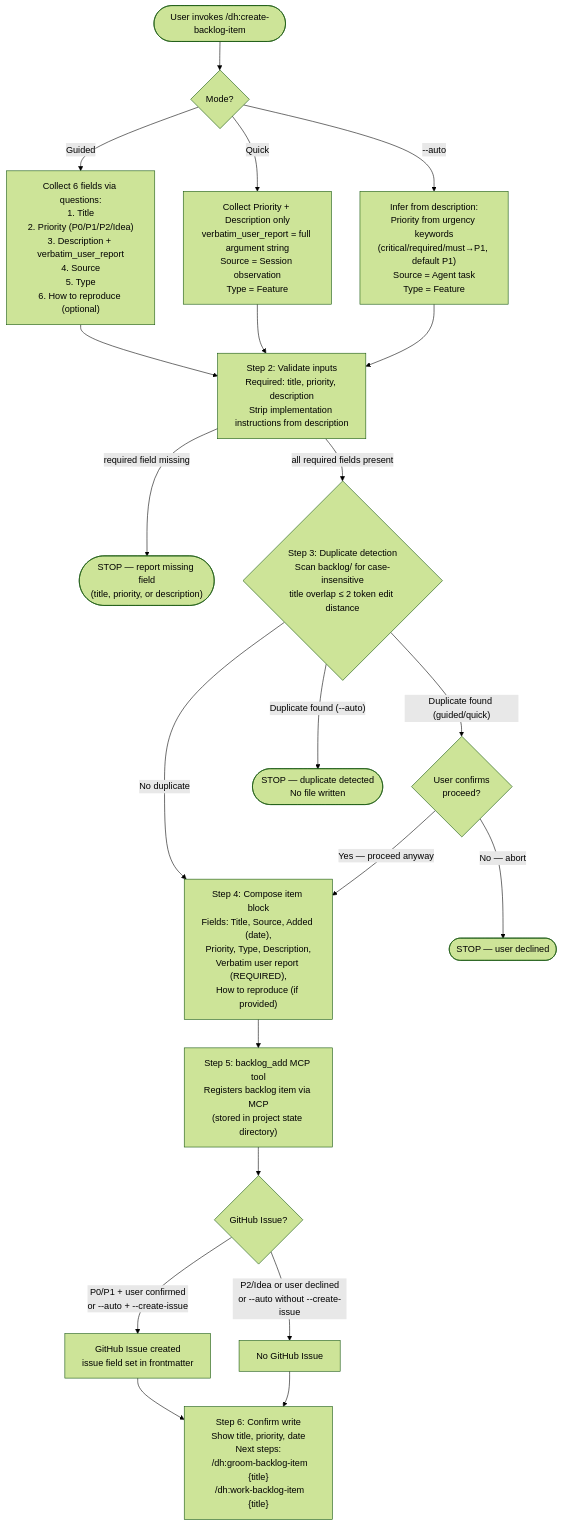
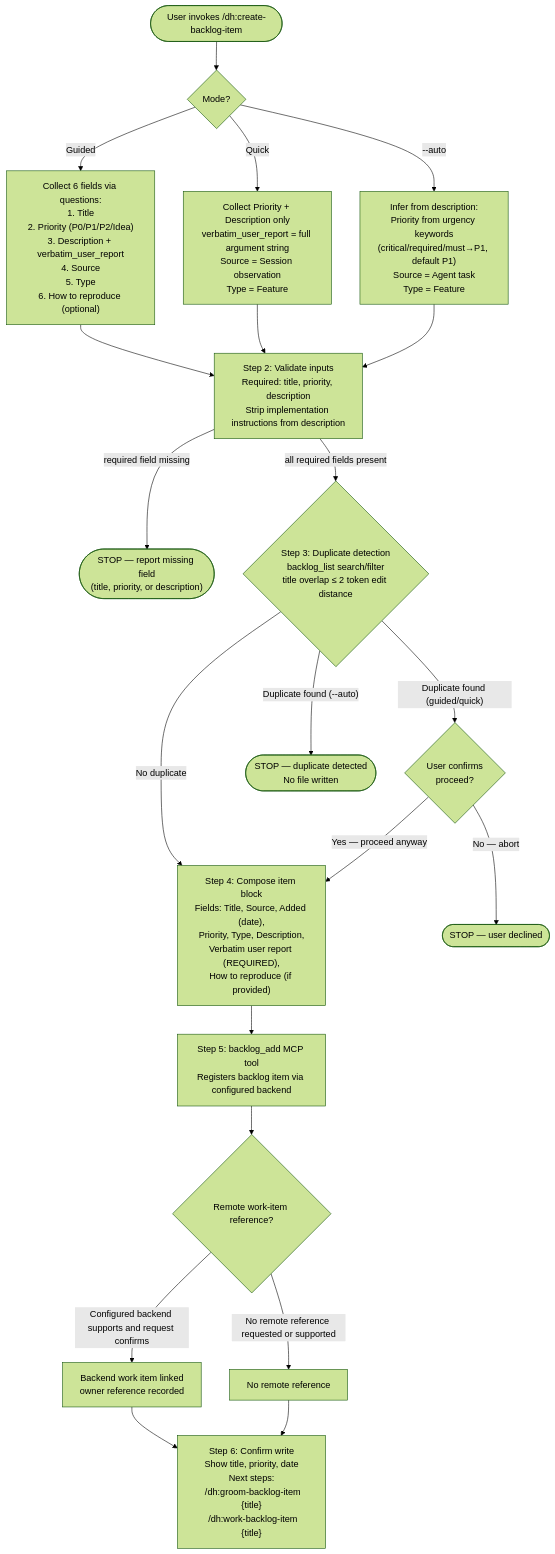
Before and after one commit to Jamie-BitFlight/claude_skills: the second of 8 diagrams in plugins/development-harness/docs/backlog-item-lifecycle.md, drawn with Mermaid (forest theme). The commit also changed other lines of this file and 16 other files, not shown here.

````diff
--- a/plugins/development-harness/docs/backlog-item-lifecycle.md
+++ b/plugins/development-harness/docs/backlog-item-lifecycle.md
@@ -109,29 +114,29 @@
 ```mermaid
 flowchart TD
     P1_START([User invokes /dh:create-backlog-item]) --> P1_MODE{Mode?}
     P1_MODE -->|Guided| P1_COLLECT_GUIDED["Collect 6 fields via questions:<br>1. Title<br>2. Priority (P0/P1/P2/Idea)<br>3. Description + verbatim_user_report<br>4. Source<br>5. Type<br>6. How to reproduce (optional)"]
     P1_MODE -->|Quick| P1_COLLECT_QUICK["Collect Priority + Description only<br>verbatim_user_report = full argument string<br>Source = Session observation<br>Type = Feature"]
     P1_MODE -->|--auto| P1_COLLECT_AUTO["Infer from description:<br>Priority from urgency keywords<br>(critical/required/must→P1, default P1)<br>Source = Agent task<br>Type = Feature"]
 
     P1_COLLECT_GUIDED --> P1_VALIDATE["Step 2: Validate inputs<br>Required: title, priority, description<br>Strip implementation instructions from description"]
     P1_COLLECT_QUICK --> P1_VALIDATE
     P1_COLLECT_AUTO --> P1_VALIDATE
 
     P1_VALIDATE -->|"required field missing"| P1_STOP_INVALID(["STOP — report missing field<br>(title, priority, or description)"])
-    P1_VALIDATE -->|"all required fields present"| P1_DEDUP{"Step 3: Duplicate detection<br>Scan backlog/ for case-insensitive<br>title overlap ≤ 2 token edit distance"}
+    P1_VALIDATE -->|"all required fields present"| P1_DEDUP{"Step 3: Duplicate detection<br>backlog_list search/filter<br>title overlap ≤ 2 token edit distance"}
     P1_DEDUP -->|"Duplicate found (guided/quick)"| P1_CONFIRM{"User confirms<br>proceed?"}
     P1_DEDUP -->|"Duplicate found (--auto)"| P1_STOP_DUP(["STOP — duplicate detected<br>No file written"])
     P1_DEDUP -->|No duplicate| P1_COMPOSE
     P1_CONFIRM -->|"No — abort"| P1_STOP_DECLINE(["STOP — user declined"])
     P1_CONFIRM -->|"Yes — proceed anyway"| P1_COMPOSE
 
     P1_COMPOSE["Step 4: Compose item block<br>Fields: Title, Source, Added (date),<br>Priority, Type, Description,<br>Verbatim user report (REQUIRED),<br>How to reproduce (if provided)"]
-    P1_COMPOSE --> P1_ADD["Step 5: backlog_add MCP tool<br>Registers backlog item via MCP<br>(stored in project state directory)"]
+    P1_COMPOSE --> P1_ADD["Step 5: backlog_add MCP tool<br>Registers backlog item via configured backend"]
 
-    P1_ADD --> P1_ISSUE{"GitHub Issue?"}
-    P1_ISSUE -->|"P0/P1 + user confirmed<br>or --auto + --create-issue"| P1_GH_CREATE["GitHub Issue created<br>issue field set in frontmatter"]
-    P1_ISSUE -->|"P2/Idea or user declined<br>or --auto without --create-issue"| P1_NO_GH["No GitHub Issue"]
+    P1_ADD --> P1_ISSUE{"Remote work-item reference?"}
+    P1_ISSUE -->|"Configured backend supports and request confirms"| P1_GH_CREATE["Backend work item linked<br>owner reference recorded"]
+    P1_ISSUE -->|"No remote reference requested or supported"| P1_NO_GH["No remote reference"]
 
     P1_GH_CREATE --> P1_DONE["Step 6: Confirm write<br>Show title, priority, date<br>Next steps:<br>  /dh:groom-backlog-item {title}<br>  /dh:work-backlog-item {title}"]
     P1_NO_GH --> P1_DONE
 ```
````
